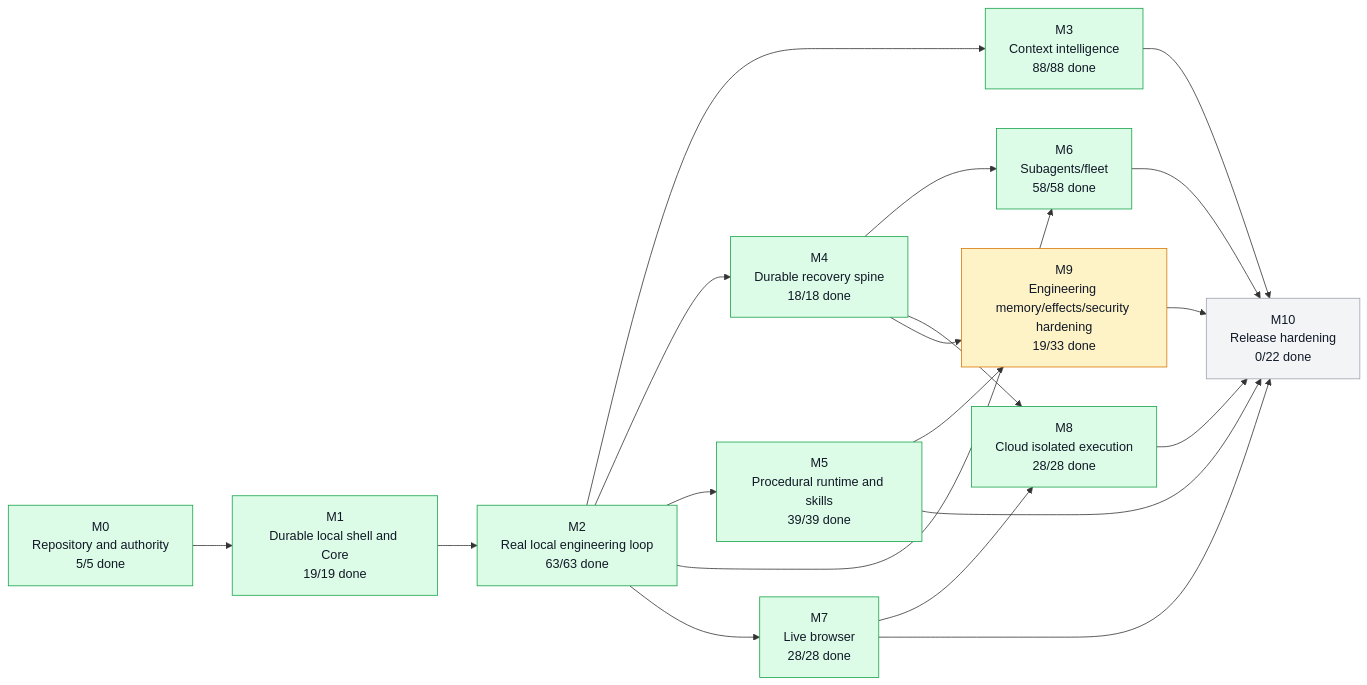
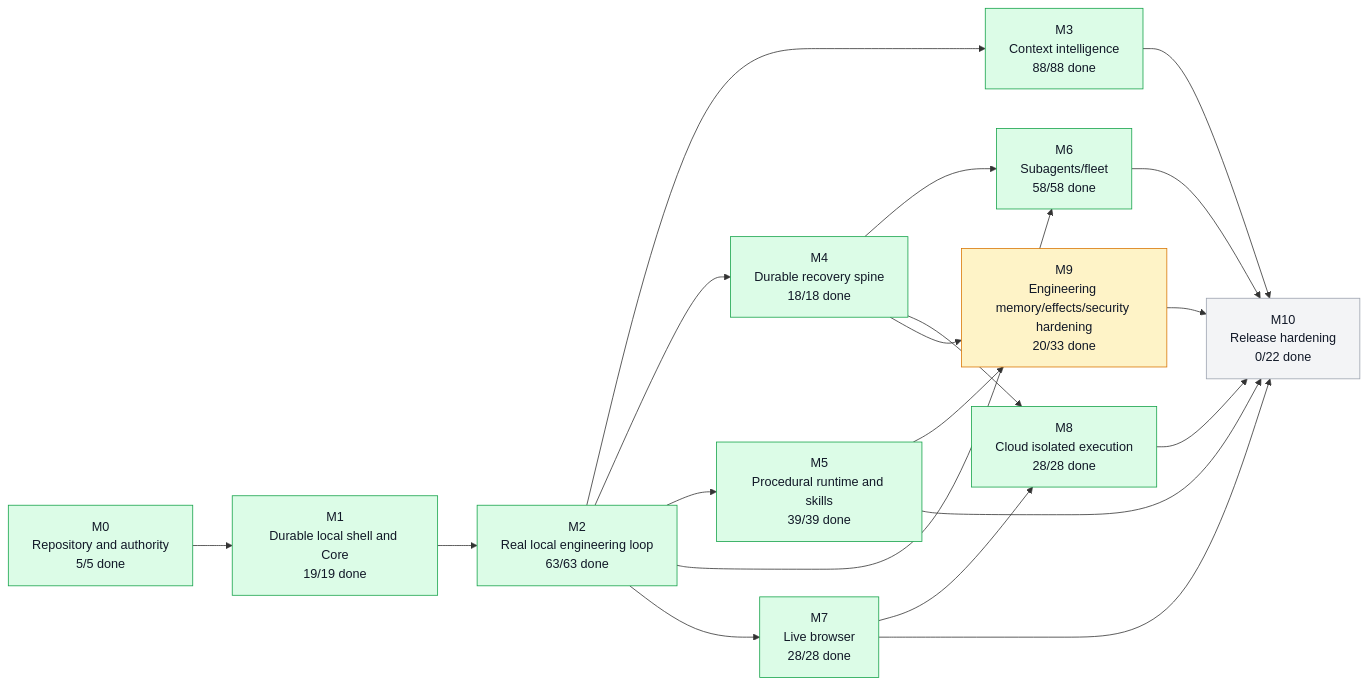
Before and after one commit to moss101/modbit: the first of 5 diagrams in graph/PROJECT_GRAPH.md, drawn with Mermaid. The commit also changed other lines of this file and 5 other files, not shown here.

````diff
--- a/graph/PROJECT_GRAPH.md
+++ b/graph/PROJECT_GRAPH.md
@@ -57,43 +57,43 @@
 ```mermaid
 flowchart LR
   M0["M0<br/>Repository and authority<br/>5/5 done"]
   M1["M1<br/>Durable local shell and Core<br/>19/19 done"]
   M2["M2<br/>Real local engineering loop<br/>63/63 done"]
   M3["M3<br/>Context intelligence<br/>88/88 done"]
   M4["M4<br/>Durable recovery spine<br/>18/18 done"]
   M5["M5<br/>Procedural runtime and skills<br/>39/39 done"]
   M6["M6<br/>Subagents/fleet<br/>58/58 done"]
   M7["M7<br/>Live browser<br/>28/28 done"]
   M8["M8<br/>Cloud isolated execution<br/>28/28 done"]
-  M9["M9<br/>Engineering memory/effects/security hardening<br/>19/33 done"]
+  M9["M9<br/>Engineering memory/effects/security hardening<br/>20/33 done"]
   M10["M10<br/>Release hardening<br/>0/22 done"]
   M0 --> M1
   M1 --> M2
   M2 --> M3
   M2 --> M4
   M2 --> M5
   M2 --> M6
   M4 --> M6
   M2 --> M7
   M4 --> M8
   M7 --> M8
   M4 --> M9
   M5 --> M9
   M3 --> M10
   M5 --> M10
   M6 --> M10
   M7 --> M10
   M8 --> M10
   M9 --> M10
   style M0 fill:#dcfce7,stroke:#16a34a,color:#111827
   style M1 fill:#dcfce7,stroke:#16a34a,color:#111827
   style M2 fill:#dcfce7,stroke:#16a34a,color:#111827
   style M3 fill:#dcfce7,stroke:#16a34a,color:#111827
   style M4 fill:#dcfce7,stroke:#16a34a,color:#111827
   style M5 fill:#dcfce7,stroke:#16a34a,color:#111827
   style M6 fill:#dcfce7,stroke:#16a34a,color:#111827
   style M7 fill:#dcfce7,stroke:#16a34a,color:#111827
   style M8 fill:#dcfce7,stroke:#16a34a,color:#111827
   style M9 fill:#fef3c7,stroke:#d97706,color:#111827
   style M10 fill:#f3f4f6,stroke:#9ca3af,color:#111827
 ```
````
